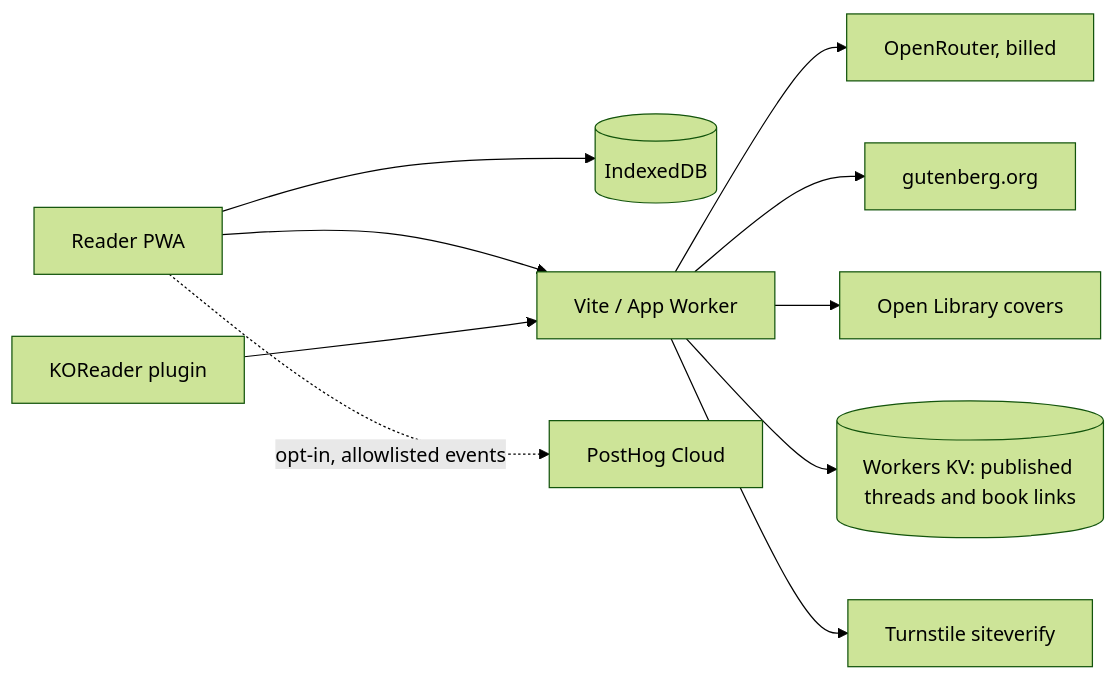
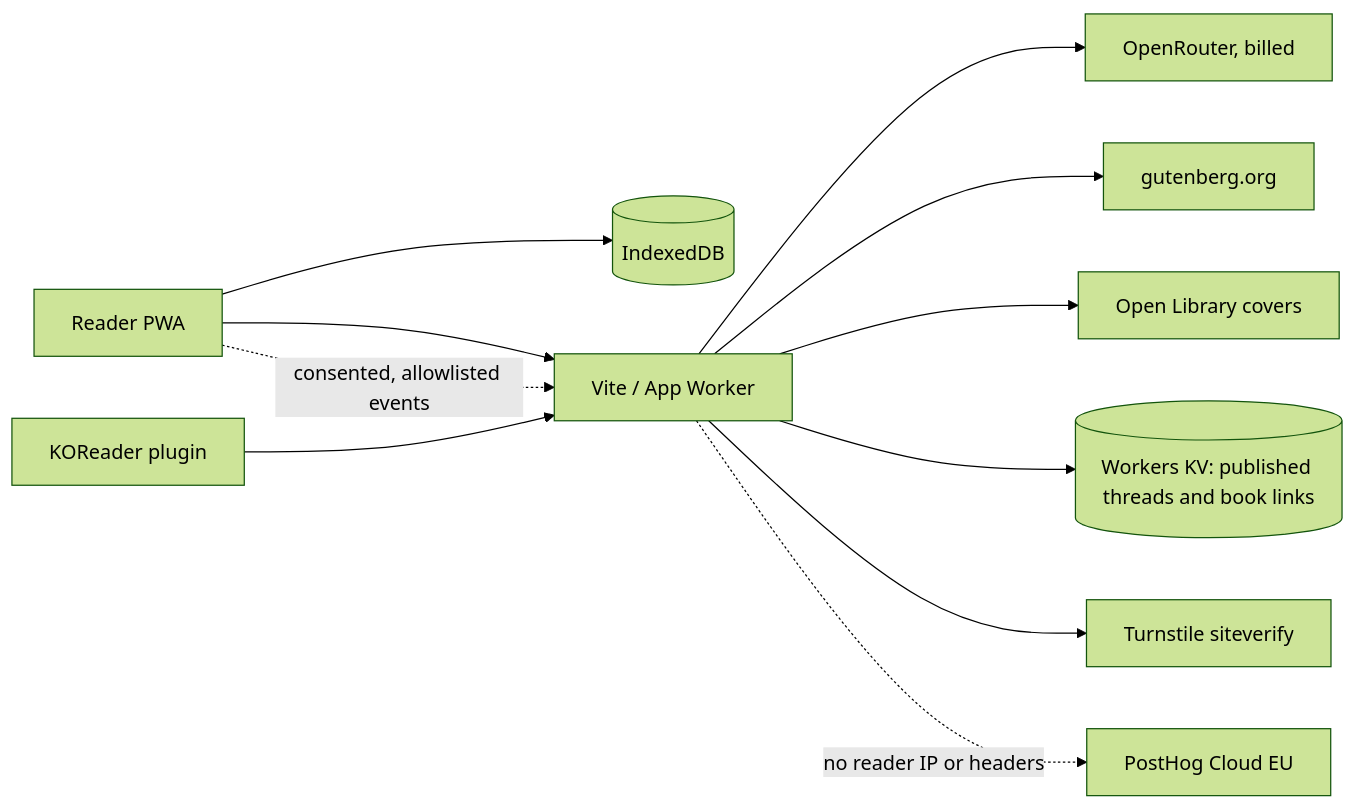
The diagram in docs/architecture.md (critesjosh/marginalia), drawn with Mermaid (forest theme) before and after one commit. The commit also changed other lines of this file and 30 other files, not shown here.

````diff
--- a/docs/architecture.md
+++ b/docs/architecture.md
@@ -40,12 +41,13 @@
 ```mermaid
 flowchart LR
   PWA[Reader PWA] --> IDB[(IndexedDB)]
   PWA --> Relay[Vite / App Worker]
   KO[KOReader plugin] --> Relay
   Relay --> OR[OpenRouter, billed]
   Relay --> PG[gutenberg.org]
   Relay --> OL[Open Library covers]
   Relay --> KV[(Workers KV: published threads and book links)]
   Relay --> TS[Turnstile siteverify]
-  PWA -. opt-in, allowlisted events .-> PH[PostHog Cloud]
+  PWA -. consented, allowlisted events .-> Relay
+  Relay -. no reader IP or headers .-> PH[PostHog Cloud EU]
 ```
````
